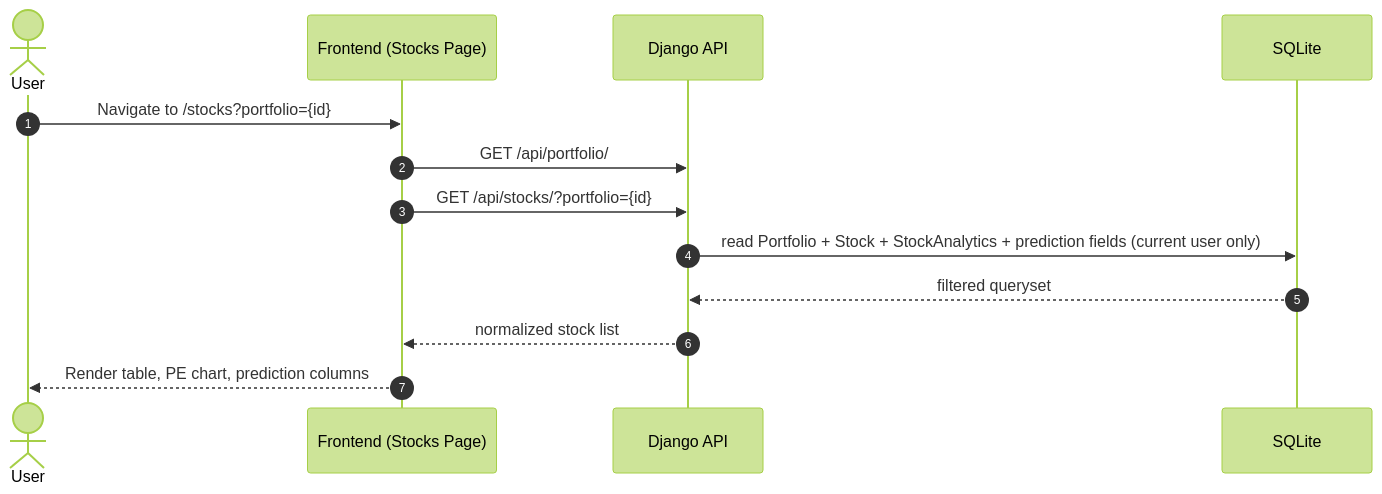
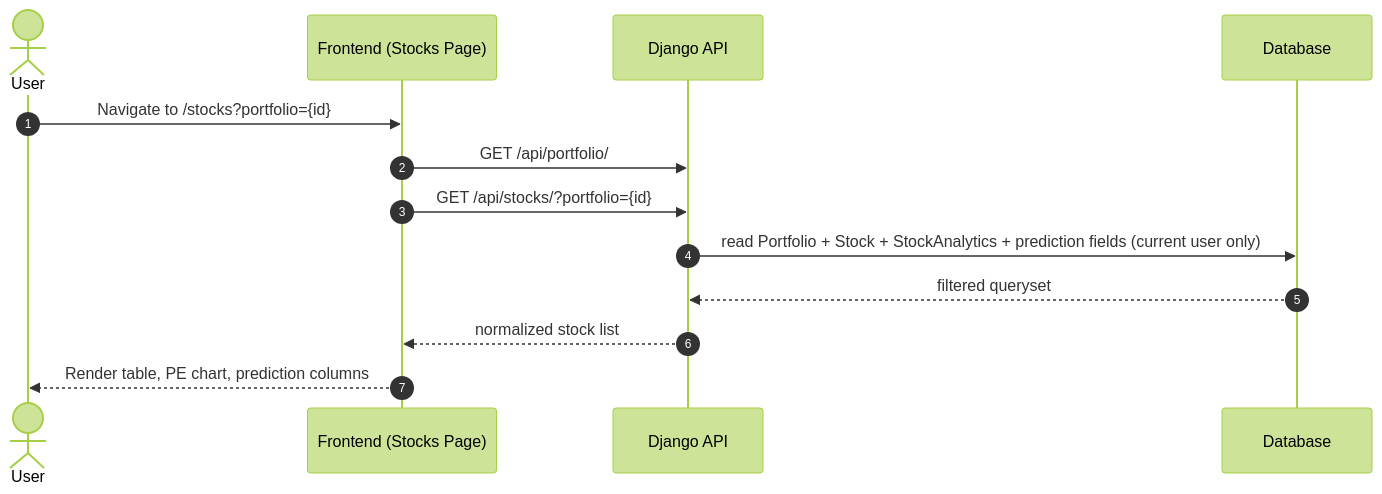
Before and after one commit to HarshAI-ML/Project-10: the third of 10 diagrams in docs/SEQUENCE_DIAGRAM.md, drawn with Mermaid (forest theme). The commit also changed other lines of this file and 16 other files, not shown here.

````diff
--- a/docs/SEQUENCE_DIAGRAM.md
+++ b/docs/SEQUENCE_DIAGRAM.md
@@ -54,16 +54,16 @@
 ```mermaid
 sequenceDiagram
     autonumber
     actor U as User
     participant F as Frontend (Stocks Page)
     participant API as Django API
-    participant DB as SQLite
+    participant DB as Database
 
     U->>F: Navigate to /stocks?portfolio={id}
     F->>API: GET /api/portfolio/
     F->>API: GET /api/stocks/?portfolio={id}
     API->>DB: read Portfolio + Stock + StockAnalytics + prediction fields (current user only)
     DB-->>API: filtered queryset
     API-->>F: normalized stock list
     F-->>U: Render table, PE chart, prediction columns
 ```
````
